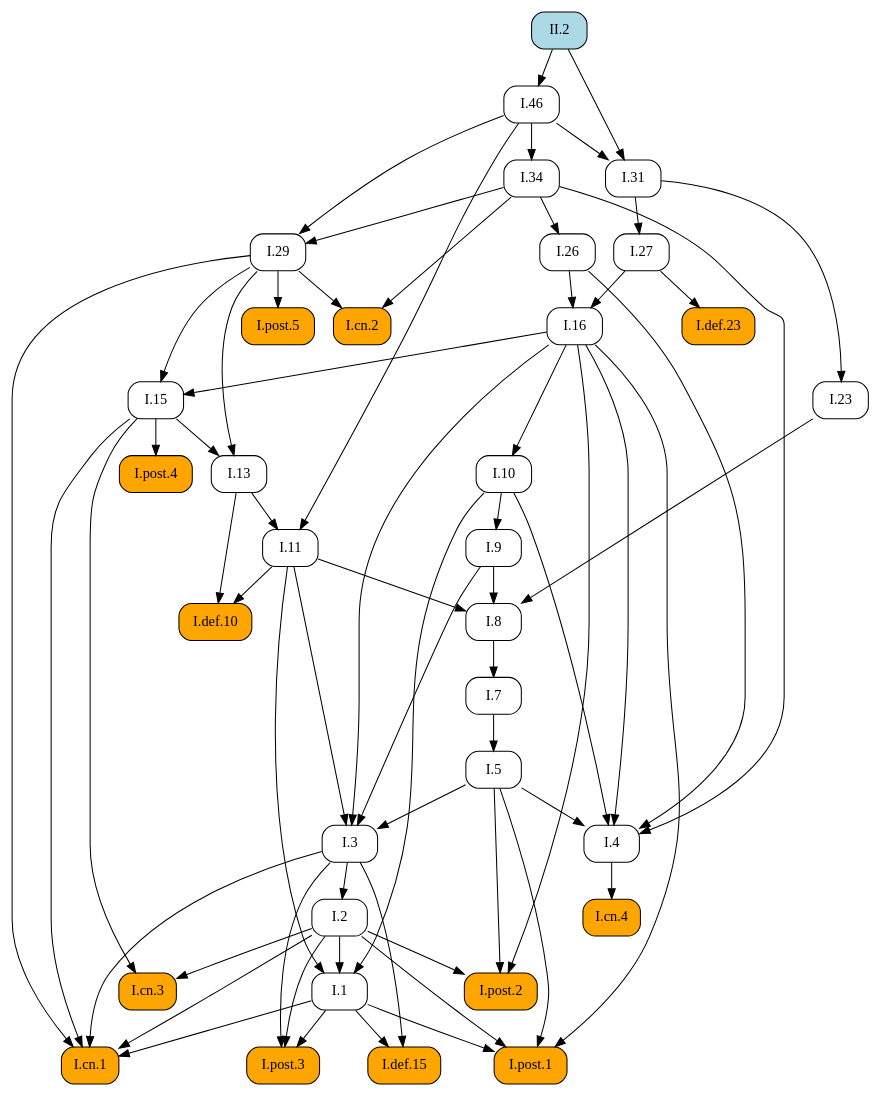
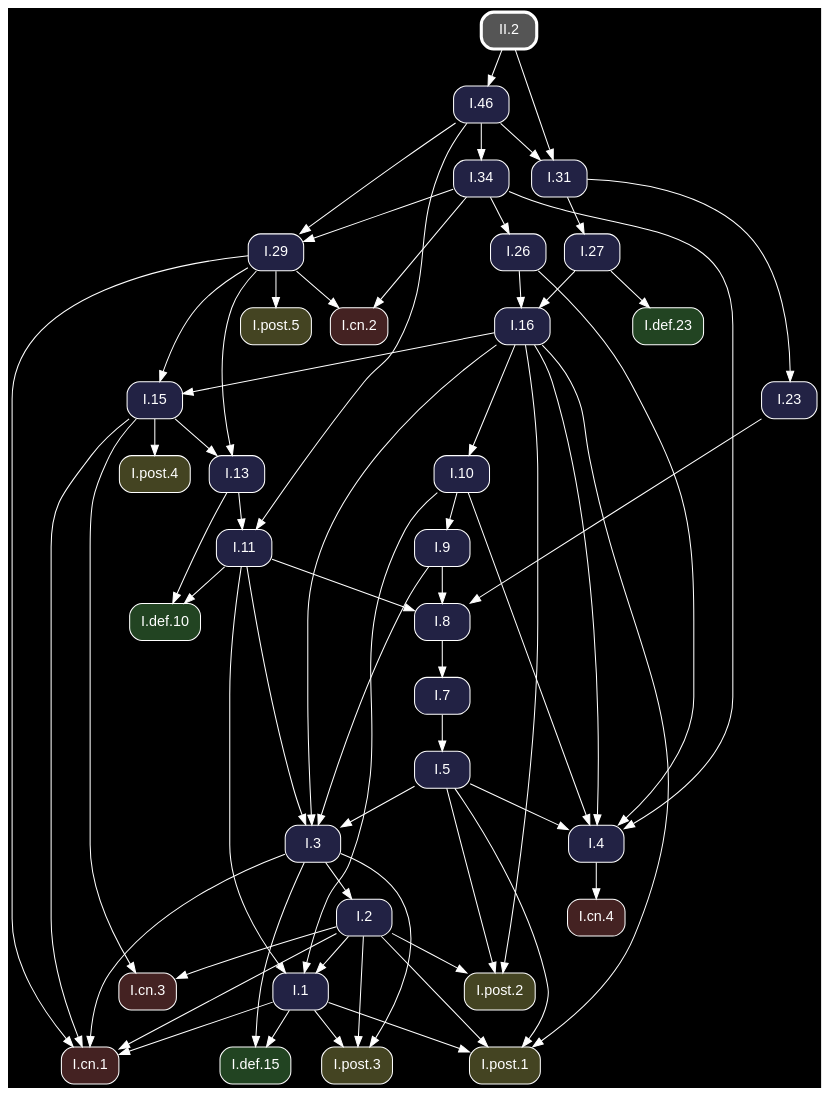
The diagram in docsrc/heath/II/2/index.rst (geometor/elements), drawn with Graphviz before and after one commit. The commit also changed other lines of this file and 1200 other files, not shown here.

Commit message:
update dependency graphs

```diff
--- a/docsrc/heath/II/2/index.rst
+++ b/docsrc/heath/II/2/index.rst
@@ -43,58 +43,45 @@
 .. graphviz::
 
    digraph {
+     bgcolor="black";
+     node [shape=box, style="rounded,filled", fontname="Helvetica", color="white", fontcolor="white"];
+     edge [color="white", fontcolor="white"];
      rankdir="TB";
-     node [shape=box, style=rounded];
-     "I.23" [URL="/heath/I/23/", target="_top"];
-     "I.9" [URL="/heath/I/9/", target="_top"];
-     "I.def.15" [style="rounded,filled", fillcolor=orange, URL="/heath/I/def.15/", target="_top"];
-     "I.post.3" [style="rounded,filled", fillcolor=orange, URL="/heath/I/post.3/", target="_top"];
-     "I.post.1" [style="rounded,filled", fillcolor=orange, URL="/heath/I/post.1/", target="_top"];
-     "I.31" [URL="/heath/I/31/", target="_top"];
-     "I.def.10" [style="rounded,filled", fillcolor=orange, URL="/heath/I/def.10/", target="_top"];
-     "I.27" [URL="/heath/I/27/", target="_top"];
-     "I.34" [URL="/heath/I/34/", target="_top"];
-     "I.3" [URL="/heath/I/3/", target="_top"];
-     "I.cn.1" [style="rounded,filled", fillcolor=orange, URL="/heath/I/cn.1/", target="_top"];
-     "I.7" [URL="/heath/I/7/", target="_top"];
-     "I.2" [URL="/heath/I/2/", target="_top"];
-     "I.13" [URL="/heath/I/13/", target="_top"];
-     "I.post.4" [style="rounded,filled", fillcolor=orange, URL="/heath/I/post.4/", target="_top"];
-     "I.4" [URL="/heath/I/4/", target="_top"];
-     "I.1" [URL="/heath/I/1/", target="_top"];
-     "I.5" [URL="/heath/I/5/", target="_top"];
-     "I.8" [URL="/heath/I/8/", target="_top"];
-     "I.29" [URL="/heath/I/29/", target="_top"];
-     "I.cn.3" [style="rounded,filled", fillcolor=orange, URL="/heath/I/cn.3/", target="_top"];
-     "I.16" [URL="/heath/I/16/", target="_top"];
-     "I.15" [URL="/heath/I/15/", target="_top"];
-     "II.2" [style="rounded,filled", fillcolor=lightblue, URL="/heath/II/2/", target="_top"];
-     "I.10" [URL="/heath/I/10/", target="_top"];
-     "I.11" [URL="/heath/I/11/", target="_top"];
-     "I.def.23" [style="rounded,filled", fillcolor=orange, URL="/heath/I/def.23/", target="_top"];
-     "I.cn.2" [style="rounded,filled", fillcolor=orange, URL="/heath/I/cn.2/", target="_top"];
-     "I.post.5" [style="rounded,filled", fillcolor=orange, URL="/heath/I/post.5/", target="_top"];
-     "I.cn.4" [style="rounded,filled", fillcolor=orange, URL="/heath/I/cn.4/", target="_top"];
-     "I.post.2" [style="rounded,filled", fillcolor=orange, URL="/heath/I/post.2/", target="_top"];
-     "I.46" [URL="/heath/I/46/", target="_top"];
-     "I.26" [URL="/heath/I/26/", target="_top"];
-     "I.31" -> "I.23";
-     "I.10" -> "I.9";
-     "I.1" -> "I.def.15";
-     "I.3" -> "I.def.15";
-     "I.1" -> "I.post.3";
-     "I.2" -> "I.post.3";
-     "I.3" -> "I.post.3";
-     "I.1" -> "I.post.1";
-     "I.2" -> "I.post.1";
-     "I.5" -> "I.post.1";
-     "I.16" -> "I.post.1";
+     "I.31" [fillcolor="#222244", URL="/heath/I/31/", target="_top"];
+     "I.3" [fillcolor="#222244", URL="/heath/I/3/", target="_top"];
+     "I.cn.1" [fillcolor="#442222", URL="/heath/I/cn.1/", target="_top"];
+     "I.def.10" [fillcolor="#224422", URL="/heath/I/def.10/", target="_top"];
+     "I.15" [fillcolor="#222244", URL="/heath/I/15/", target="_top"];
+     "I.13" [fillcolor="#222244", URL="/heath/I/13/", target="_top"];
+     "I.27" [fillcolor="#222244", URL="/heath/I/27/", target="_top"];
+     "I.2" [fillcolor="#222244", URL="/heath/I/2/", target="_top"];
+     "I.cn.2" [fillcolor="#442222", URL="/heath/I/cn.2/", target="_top"];
+     "I.9" [fillcolor="#222244", URL="/heath/I/9/", target="_top"];
+     "I.1" [fillcolor="#222244", URL="/heath/I/1/", target="_top"];
+     "I.post.5" [fillcolor="#444422", URL="/heath/I/post.5/", target="_top"];
+     "I.post.4" [fillcolor="#444422", URL="/heath/I/post.4/", target="_top"];
+     "I.23" [fillcolor="#222244", URL="/heath/I/23/", target="_top"];
+     "I.26" [fillcolor="#222244", URL="/heath/I/26/", target="_top"];
+     "I.8" [fillcolor="#222244", URL="/heath/I/8/", target="_top"];
+     "I.4" [fillcolor="#222244", URL="/heath/I/4/", target="_top"];
+     "I.7" [fillcolor="#222244", URL="/heath/I/7/", target="_top"];
+     "I.5" [fillcolor="#222244", URL="/heath/I/5/", target="_top"];
+     "I.10" [fillcolor="#222244", URL="/heath/I/10/", target="_top"];
+     "I.46" [fillcolor="#222244", URL="/heath/I/46/", target="_top"];
+     "I.post.1" [fillcolor="#444422", URL="/heath/I/post.1/", target="_top"];
+     "I.11" [fillcolor="#222244", URL="/heath/I/11/", target="_top"];
+     "I.16" [fillcolor="#222244", URL="/heath/I/16/", target="_top"];
+     "I.cn.3" [fillcolor="#442222", URL="/heath/I/cn.3/", target="_top"];
+     "I.29" [fillcolor="#222244", URL="/heath/I/29/", target="_top"];
+     "I.post.2" [fillcolor="#444422", URL="/heath/I/post.2/", target="_top"];
+     "I.cn.4" [fillcolor="#442222", URL="/heath/I/cn.4/", target="_top"];
+     "I.def.23" [fillcolor="#224422", URL="/heath/I/def.23/", target="_top"];
+     "I.post.3" [fillcolor="#444422", URL="/heath/I/post.3/", target="_top"];
+     "I.34" [fillcolor="#222244", URL="/heath/I/34/", target="_top"];
+     "I.def.15" [fillcolor="#224422", URL="/heath/I/def.15/", target="_top"];
+     "II.2" [penwidth=3, color="white", fillcolor="#555555", URL="/heath/II/2/", target="_top"];
      "I.46" -> "I.31";
      "II.2" -> "I.31";
-     "I.11" -> "I.def.10";
-     "I.13" -> "I.def.10";
-     "I.31" -> "I.27";
-     "I.46" -> "I.34";
      "I.5" -> "I.3";
      "I.9" -> "I.3";
      "I.11" -> "I.3";
@@ -104,42 +91,57 @@
      "I.3" -> "I.cn.1";
      "I.15" -> "I.cn.1";
      "I.29" -> "I.cn.1";
-     "I.8" -> "I.7";
-     "I.3" -> "I.2";
+     "I.11" -> "I.def.10";
+     "I.13" -> "I.def.10";
+     "I.16" -> "I.15";
+     "I.29" -> "I.15";
      "I.15" -> "I.13";
      "I.29" -> "I.13";
+     "I.31" -> "I.27";
+     "I.3" -> "I.2";
+     "I.29" -> "I.cn.2";
+     "I.34" -> "I.cn.2";
+     "I.10" -> "I.9";
+     "I.2" -> "I.1";
+     "I.10" -> "I.1";
+     "I.11" -> "I.1";
+     "I.29" -> "I.post.5";
      "I.15" -> "I.post.4";
+     "I.31" -> "I.23";
+     "I.34" -> "I.26";
+     "I.9" -> "I.8";
+     "I.11" -> "I.8";
+     "I.23" -> "I.8";
      "I.5" -> "I.4";
      "I.10" -> "I.4";
      "I.16" -> "I.4";
      "I.26" -> "I.4";
      "I.34" -> "I.4";
-     "I.2" -> "I.1";
-     "I.10" -> "I.1";
-     "I.11" -> "I.1";
+     "I.8" -> "I.7";
      "I.7" -> "I.5";
-     "I.9" -> "I.8";
-     "I.11" -> "I.8";
-     "I.23" -> "I.8";
+     "I.16" -> "I.10";
+     "II.2" -> "I.46";
+     "I.1" -> "I.post.1";
+     "I.2" -> "I.post.1";
+     "I.5" -> "I.post.1";
+     "I.16" -> "I.post.1";
+     "I.13" -> "I.11";
+     "I.46" -> "I.11";
+     "I.26" -> "I.16";
+     "I.27" -> "I.16";
+     "I.2" -> "I.cn.3";
+     "I.15" -> "I.cn.3";
      "I.34" -> "I.29";
      "I.46" -> "I.29";
-     "I.2" -> "I.cn.3";
-     "I.15" -> "I.cn.3";
-     "I.26" -> "I.16";
-     "I.27" -> "I.16";
-     "I.16" -> "I.15";
-     "I.29" -> "I.15";
-     "I.16" -> "I.10";
-     "I.13" -> "I.11";
-     "I.46" -> "I.11";
-     "I.27" -> "I.def.23";
-     "I.29" -> "I.cn.2";
-     "I.34" -> "I.cn.2";
-     "I.29" -> "I.post.5";
-     "I.4" -> "I.cn.4";
      "I.2" -> "I.post.2";
      "I.5" -> "I.post.2";
      "I.16" -> "I.post.2";
-     "II.2" -> "I.46";
-     "I.34" -> "I.26";
+     "I.4" -> "I.cn.4";
+     "I.27" -> "I.def.23";
+     "I.1" -> "I.post.3";
+     "I.2" -> "I.post.3";
+     "I.3" -> "I.post.3";
+     "I.46" -> "I.34";
+     "I.1" -> "I.def.15";
+     "I.3" -> "I.def.15";
    }
```
